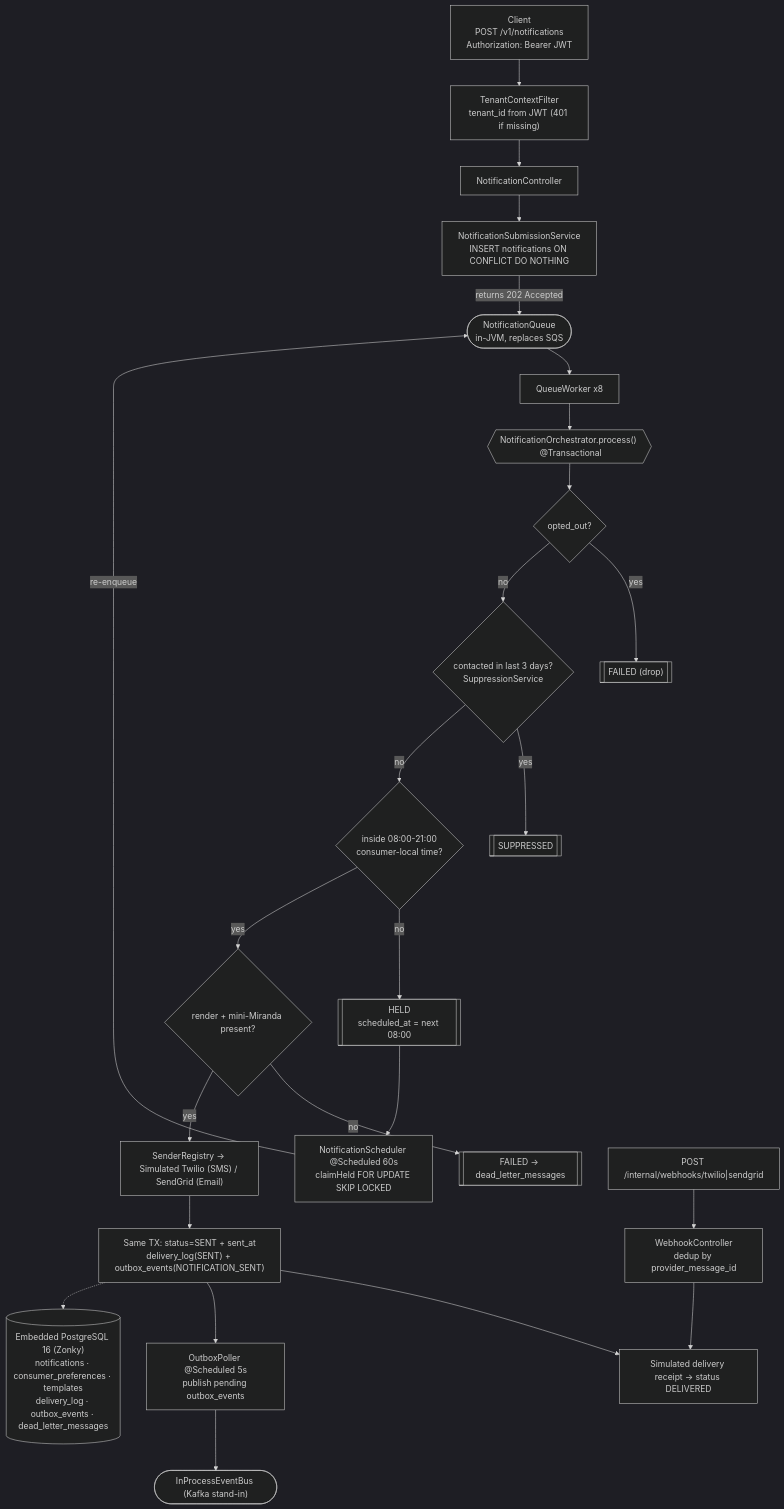
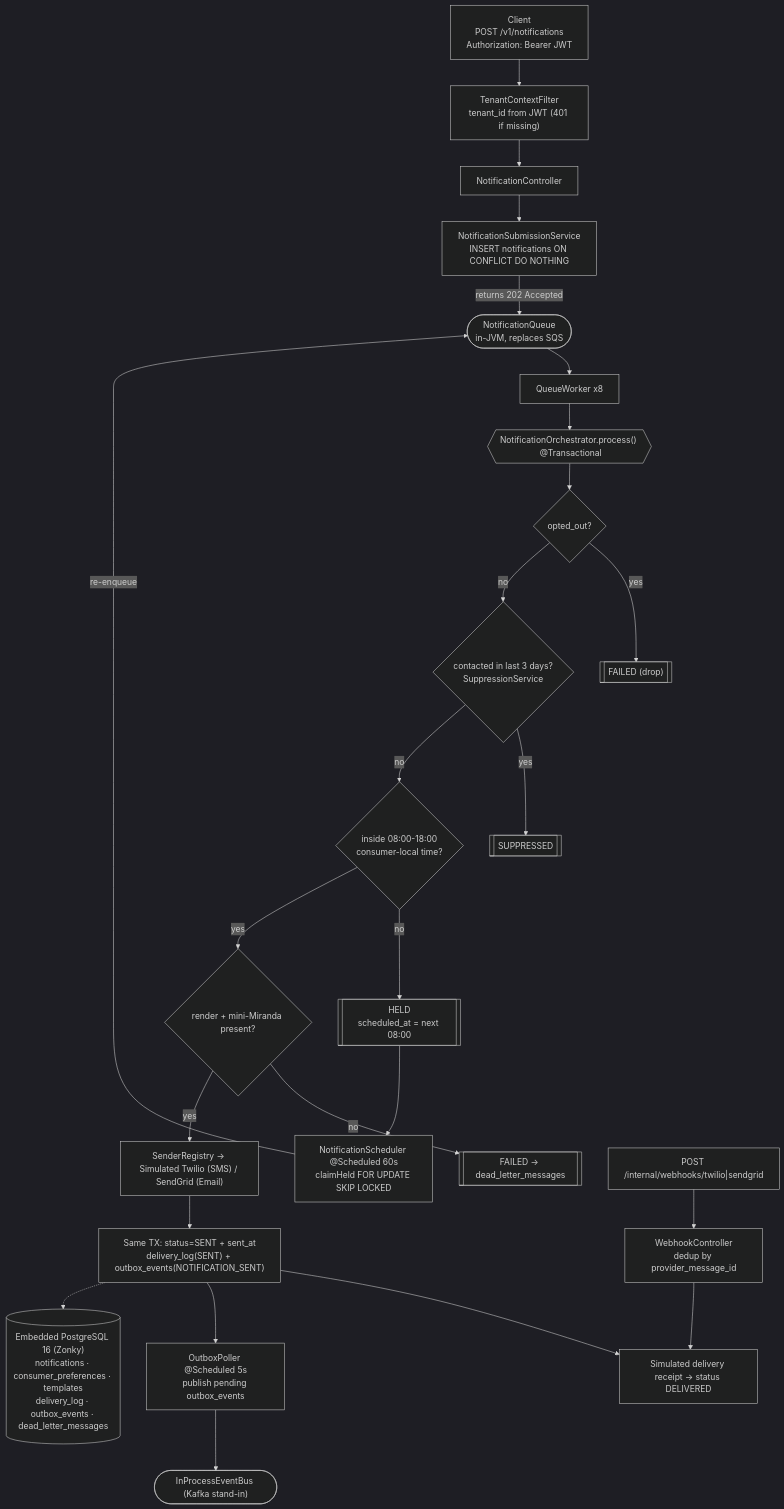
One commit to amitsehgal86-hash/notification-service changed the diagram in docs/flow.md. Above: the diagram before and after it, drawn with Mermaid (dark theme). The commit also changed 2 other files, not shown here.

Commit message:
docs: update README, START-HERE, and flow diagram for recent changes
- FDCPA window corrected to 08:00–18:00 everywhere (was 21:00)
- Demo curl commands updated to use /internal/smart-load
- API table adds /internal/smart-load, /internal/timing, /internal/recent-sends
- README Run section highlights the web dashboard at localhost:8080
- START-HERE.md mentions the dashboard and drops the old load endpoint

````diff
--- a/docs/flow.md
+++ b/docs/flow.md
@@ -5,40 +5,40 @@
 ```mermaid
 flowchart TD
   %% ---------- Ingress (synchronous) ----------
   C["Client<br/>POST /v1/notifications<br/>Authorization: Bearer JWT"]
   F["TenantContextFilter<br/>tenant_id from JWT (401 if missing)"]
   CT["NotificationController"]
   SUB["NotificationSubmissionService<br/>INSERT notifications ON CONFLICT DO NOTHING"]
   Q(["NotificationQueue<br/>in-JVM, replaces SQS"])
   C --> F --> CT --> SUB -->|"returns 202 Accepted"| Q
 
   %% ---------- Async processing ----------
   Q --> W["QueueWorker x8"]
   W --> O{{"NotificationOrchestrator.process()  @Transactional"}}
 
   %% ---------- Compliance gate ladder ----------
   O --> G1{"opted_out?"}
   G1 -->|yes| FAIL1[["FAILED (drop)"]]
   G1 -->|no| G2{"contacted in last 3 days?<br/>SuppressionService"}
   G2 -->|yes| SUP[["SUPPRESSED"]]
-  G2 -->|no| G3{"inside 08:00-21:00<br/>consumer-local time?"}
+  G2 -->|no| G3{"inside 08:00-18:00<br/>consumer-local time?"}
   G3 -->|no| HELD[["HELD<br/>scheduled_at = next 08:00"]]
   G3 -->|yes| G4{"render + mini-Miranda present?"}
   G4 -->|no| FAIL2[["FAILED -> dead_letter_messages"]]
   G4 -->|yes| SEND["SenderRegistry -> Simulated Twilio (SMS) / SendGrid (Email)"]
 
   %% ---------- Commit + receipt ----------
   SEND --> PERSIST["Same TX: status=SENT + sent_at<br/>delivery_log(SENT) + outbox_events(NOTIFICATION_SENT)"]
   PERSIST --> RCPT["Simulated delivery receipt -> status DELIVERED"]
 
   %% ---------- Background processes ----------
   HELD --> SCHED["NotificationScheduler @Scheduled 60s<br/>claimHeld FOR UPDATE SKIP LOCKED"]
   SCHED -->|re-enqueue| Q
   PERSIST --> POLL["OutboxPoller @Scheduled 5s<br/>publish pending outbox_events"]
   POLL --> BUS(["InProcessEventBus (Kafka stand-in)"])
   WH["POST /internal/webhooks/twilio|sendgrid"] --> WHC["WebhookController<br/>dedup by provider_message_id"]
   WHC --> RCPT
 
   %% ---------- Persistence ----------
   PERSIST -.-> DB[("Embedded PostgreSQL 16 (Zonky)<br/>notifications · consumer_preferences · templates<br/>delivery_log · outbox_events · dead_letter_messages")]
 ```
````
